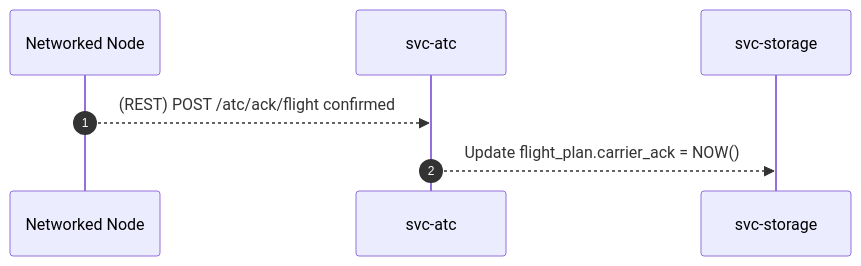
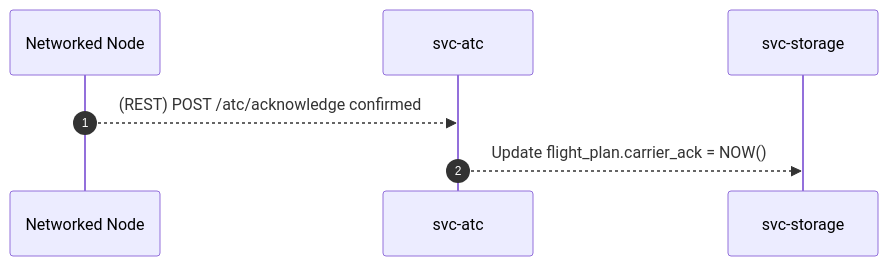
Before and after one commit to aetheric-oss/svc-atc: the first of 3 diagrams in docs/sdd.md, drawn with Mermaid. The commit also changed other lines of this file and 1 other file, not shown here.

````diff
--- a/docs/sdd.md
+++ b/docs/sdd.md
@@ -66,9 +66,9 @@
 ```mermaid
 sequenceDiagram
     autonumber
     participant client as Networked Node
     participant service as svc-atc
     participant storage as svc-storage
-    client-->>service: (REST) POST /atc/ack/flight confirmed
+    client-->>service: (REST) POST /atc/acknowledge confirmed
     service-->>storage: Update flight_plan.carrier_ack = NOW()
 ```
````
